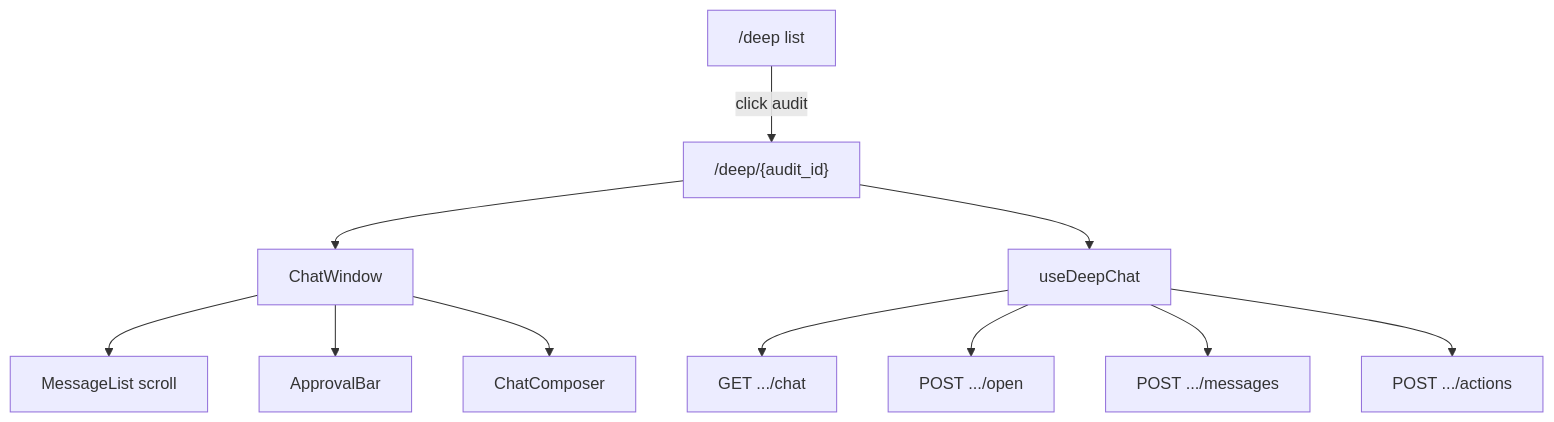
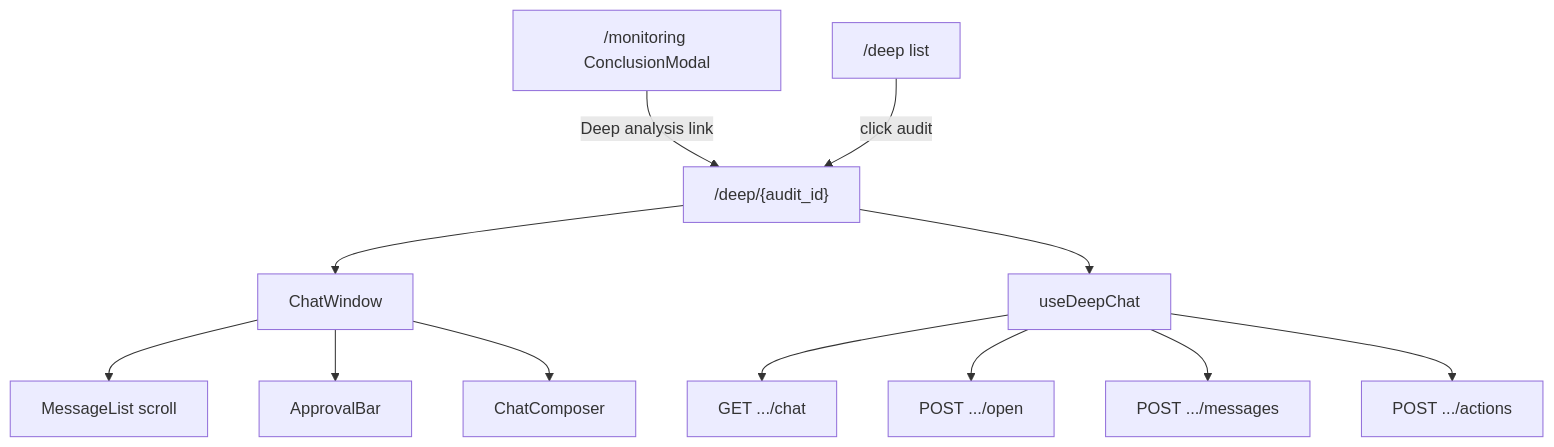
Before and after one commit to Analytics-bb/monitor_frontend: the first of 2 diagrams in .cursor/plans/FE/module-3-deep-chat.plan.md, drawn with Mermaid. The commit also changed other lines of this file and 19 other files, not shown here.

````diff
--- a/.cursor/plans/FE/module-3-deep-chat.plan.md
+++ b/.cursor/plans/FE/module-3-deep-chat.plan.md
@@ -201,13 +203,14 @@
 ```mermaid
 flowchart TB
-  List["/deep list"] -->|click audit| Chat["/deep/{audit_id}"]
+  Mon["/monitoring ConclusionModal"] -->|Deep analysis link| Chat["/deep/{audit_id}"]
+  List["/deep list"] -->|click audit| Chat
   Chat --> CW[ChatWindow]
   CW --> ML[MessageList scroll]
   CW --> AB[ApprovalBar]
   CW --> CP[ChatComposer]
   Chat --> Hook[useDeepChat]
   Hook --> GET[GET .../chat]
   Hook --> POSTopen[POST .../open]
   Hook --> POSTmsg[POST .../messages]
   Hook --> POSTappr[POST .../actions]
 ```
````
